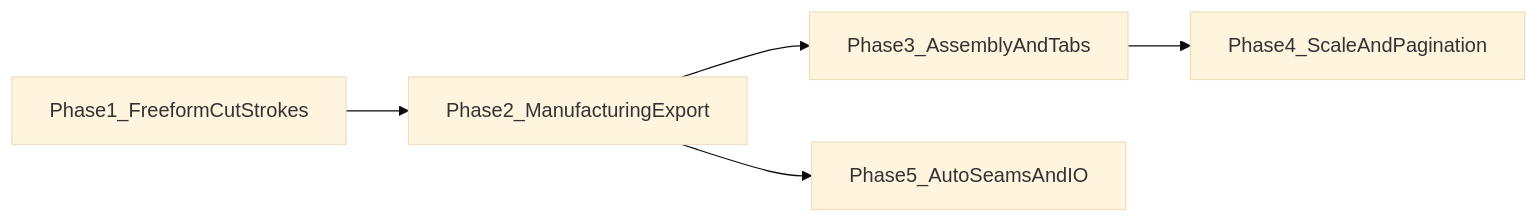
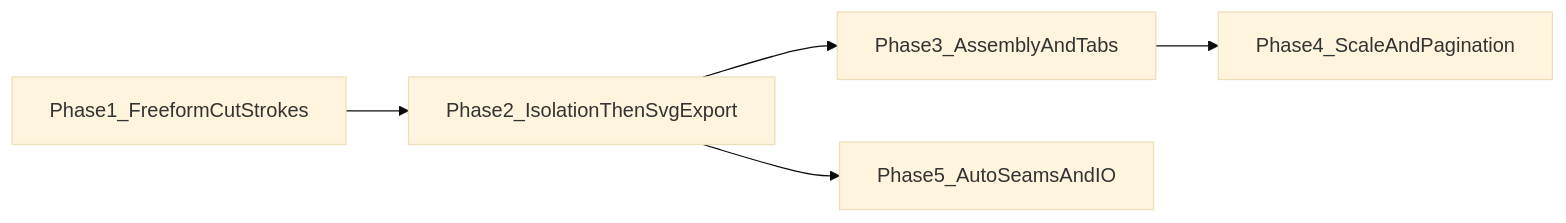
The first of 3 diagrams in PRODUCT_ROADMAP.md (NitayBrandriss/3DFlatter), drawn with Mermaid (base theme) before and after one commit. The commit also changed other lines of this file and 5 other files, not shown here.

````diff
--- a/PRODUCT_ROADMAP.md
+++ b/PRODUCT_ROADMAP.md
@@ -28,10 +28,10 @@
 ```mermaid
 flowchart LR
   p1["Phase1_FreeformCutStrokes"]
-  p2["Phase2_ManufacturingExport"]
+  p2["Phase2_IsolationThenSvgExport"]
   p3["Phase3_AssemblyAndTabs"]
   p4["Phase4_ScaleAndPagination"]
   p5["Phase5_AutoSeamsAndIO"]
   p1 --> p2 --> p3 --> p4
   p2 --> p5
 ```
````
